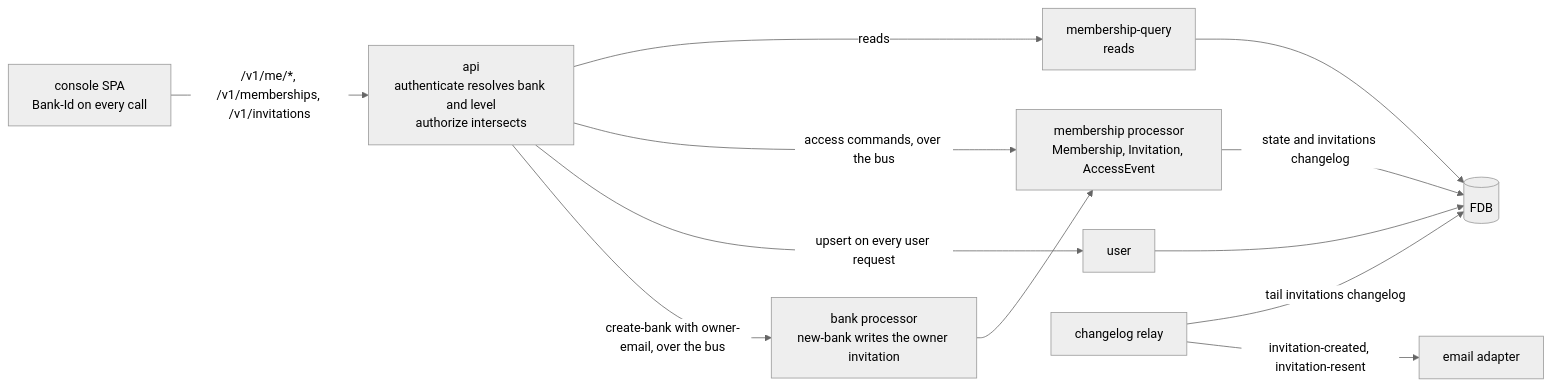
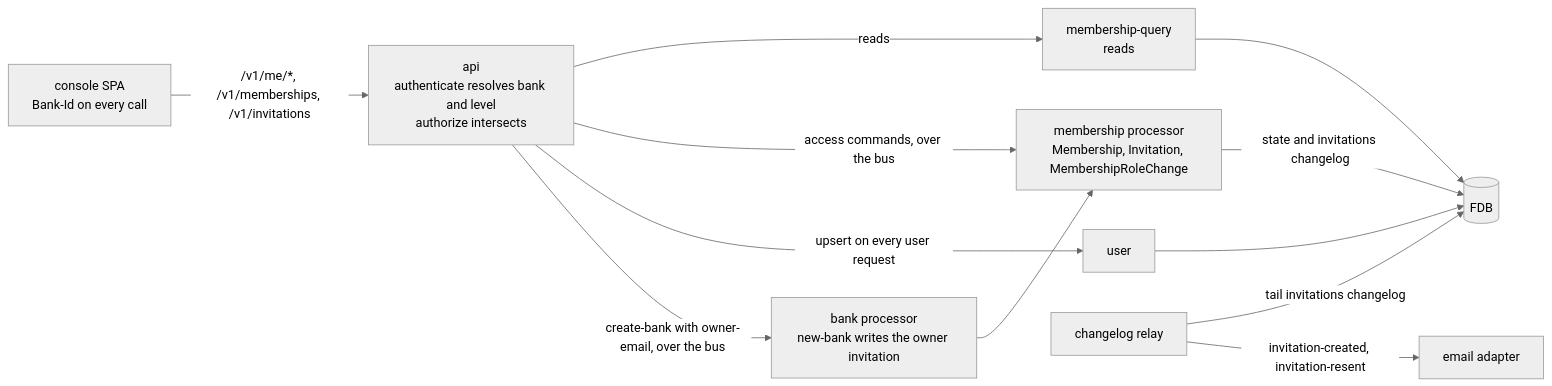
One commit to repldriven/queenswood changed the diagram in docs/tdd/memberships.md. Above: the diagram before and after it, drawn with Mermaid (neutral theme). The commit also changed other lines of this file and 30 other files, not shown here.

````diff
--- a/docs/tdd/memberships.md
+++ b/docs/tdd/memberships.md
@@ -317,24 +317,24 @@
 ```mermaid
 graph LR
     SPA["console SPA<br/>Bank-Id on every call"]
     API["api<br/>authenticate resolves bank and level<br/>authorize intersects"]
     BQ["membership-query<br/>reads"]
-    BM["membership processor<br/>Membership, Invitation, AccessEvent"]
+    BM["membership processor<br/>Membership, Invitation, MembershipRoleChange"]
     BU["user"]
     BB["bank processor<br/>new-bank writes the owner invitation"]
     RL["changelog relay"]
     EM["email adapter"]
     FDB[("FDB")]
 
     SPA -->|"/v1/me/*, /v1/memberships, /v1/invitations"| API
     API -->|"reads"| BQ
     API -->|"access commands, over the bus"| BM
     API -->|"upsert on every user request"| BU
     API -->|"create-bank with owner-email, over the bus"| BB
     BB --> BM
     BM -->|"state and invitations changelog"| FDB
     RL -->|"tail invitations changelog"| FDB
     RL -->|"invitation-created, invitation-resent"| EM
     BQ --> FDB
     BU --> FDB
 ```
````
